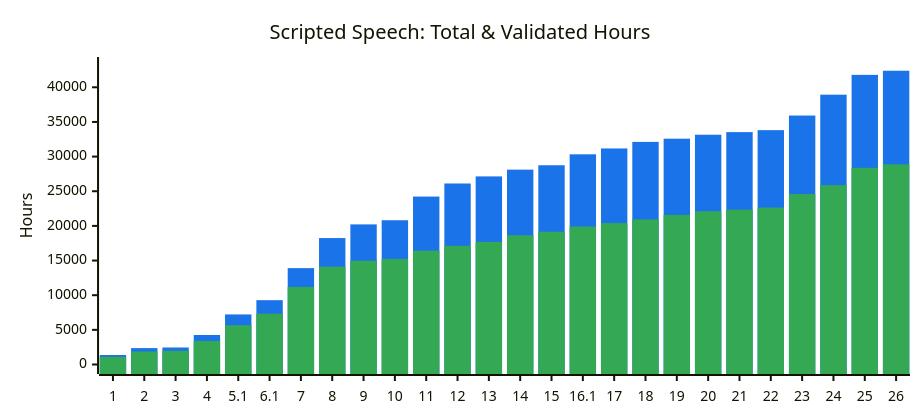
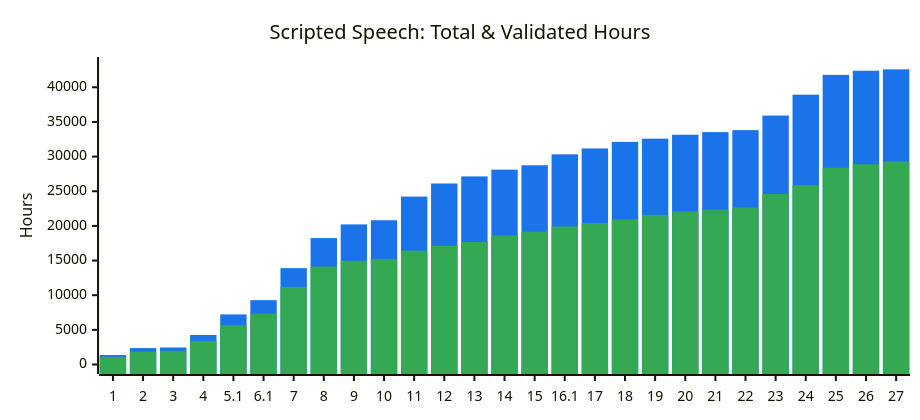
Before and after one commit to common-voice/cv-dataset: the first of 3 diagrams in datasets/scripted-speech/README.md, drawn with Mermaid. The commit also changed other lines of this file and 3 other files, not shown here.

````diff
--- a/datasets/scripted-speech/README.md
+++ b/datasets/scripted-speech/README.md
@@ -13,17 +13,17 @@
 ```mermaid
 ---
 config:
     xyChart:
         width: 900
         height: 400
     themeVariables:
         xyChart:
             plotColorPalette: "#1a73e8, #34a853"
 ---
 xychart-beta
     title "Scripted Speech: Total & Validated Hours"
-    x-axis ["1","2","3","4","5.1","6.1","7","8","9","10","11","12","13","14","15","16.1","17","18","19","20","21","22","23","24","25","26"]
+    x-axis ["1","2","3","4","5.1","6.1","7","8","9","10","11","12","13","14","15","16.1","17","18","19","20","21","22","23","24","25","26","27"]
     y-axis "Hours" 0 --> 43000
-    bar [1368,2366,2454,4257,7226,9283,13905,18243,20217,20817,24231,26119,27141,28117,28750,30328,31175,32121,32584,33154,33534,33815,35921,38932,41792,42388]
-    bar [1096,1872,1979,3401,5671,7335,11192,14122,14973,15234,16429,17127,17689,18651,19159,19915,20408,20943,21593,22106,22344,22640,24600,25886,28377,28893]
+    bar [1368,2366,2454,4257,7226,9283,13905,18243,20217,20817,24231,26119,27141,28117,28750,30328,31175,32121,32584,33154,33534,33815,35921,38932,41792,42388,42593]
+    bar [1096,1872,1979,3401,5671,7335,11192,14122,14973,15234,16429,17127,17689,18651,19159,19915,20408,20943,21593,22106,22344,22640,24600,25886,28377,28893,29295]
 ```
````
